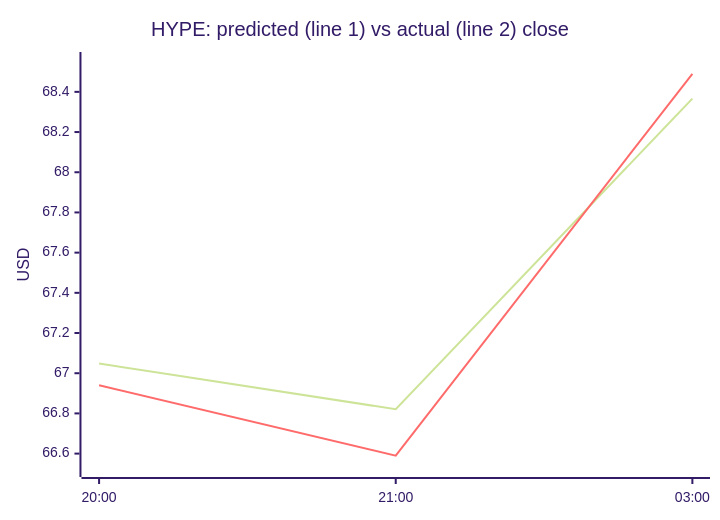
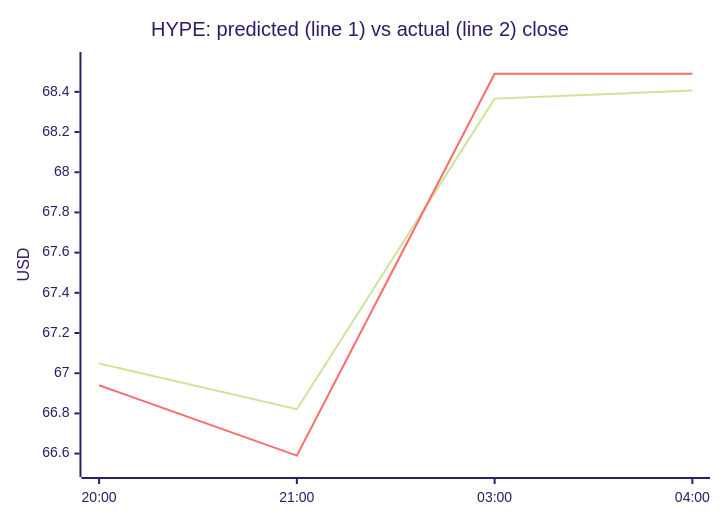
The fourth of 4 diagrams in README.md (samuelkreitl-wq/crypto-hourly-forecaster), drawn with Mermaid (forest theme) before and after one commit. The commit also changed other lines of this file and 14 other files, not shown here.

````diff
--- a/README.md
+++ b/README.md
@@ -65,8 +65,8 @@
 ```mermaid
 xychart-beta
     title "HYPE: predicted (line 1) vs actual (line 2) close"
-    x-axis ["20:00", "21:00", "03:00"]
+    x-axis ["20:00", "21:00", "03:00", "04:00"]
     y-axis "USD" 66.5234 --> 68.5585
-    line [67.0484, 66.8208, 68.3664]
-    line [66.9400, 66.5900, 68.4900]
+    line [67.0484, 66.8208, 68.3664, 68.4064]
+    line [66.9400, 66.5900, 68.4900, 68.4900]
 ```
````
